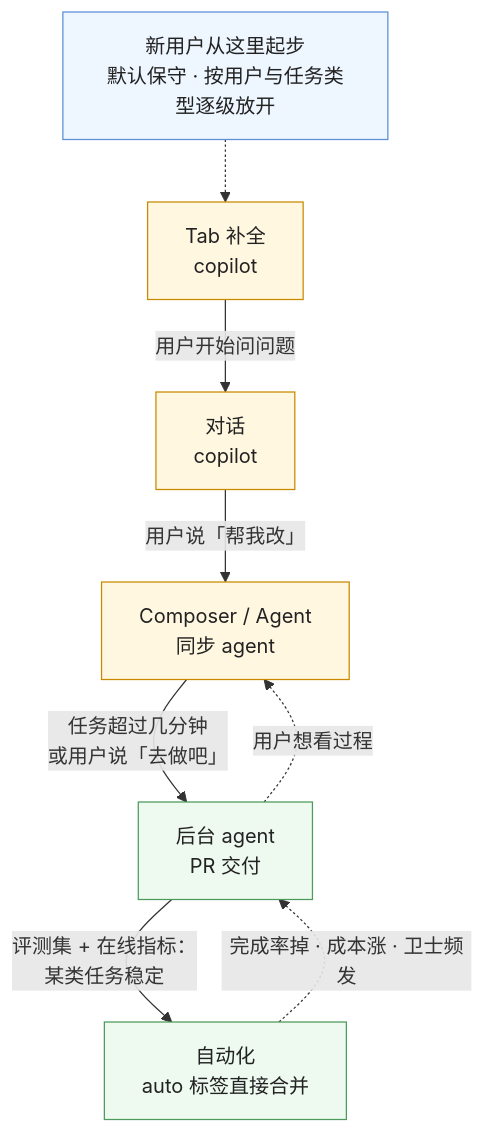
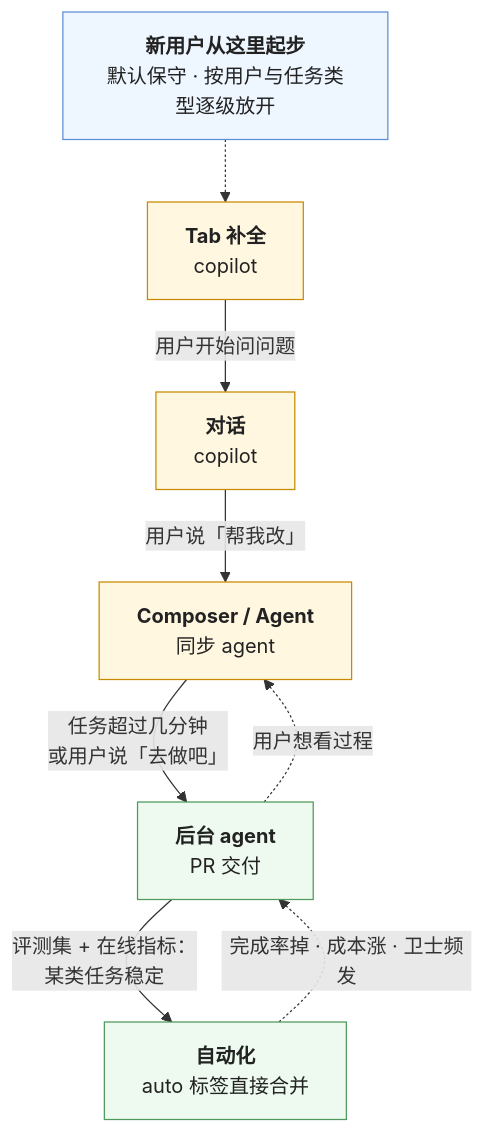
One commit to arganzheng/arganzheng.github.com changed the fifth of 5 diagrams in _posts/2026-11-17-product-forms-copilot-agent-automation-and-the-rise-of-background-agents.md. Above: the diagram before and after it, drawn with Mermaid. The commit also changed other lines of this file and 5 other files, not shown here.

First line of the commit message:
产品与体验：把不确定的能力做成可信的产品：Mermaid 多行方框的首行标为标题（6 篇）

````diff
--- a/_posts/2026-11-17-product-forms-copilot-agent-automation-and-the-rise-of-background-agents.md
+++ b/_posts/2026-11-17-product-forms-copilot-agent-automation-and-the-rise-of-background-agents.md
@@ -198,17 +198,17 @@
 ```mermaid
 %% 图：一个产品里的四种形态与切换点——Tab 补全 → 用户开始问问题 → 对话 → 用户说「帮我改」→ 同步 agent → 任务超过几分钟或用户说「去做吧」→ 后台 agent → 评测集与在线指标证明某类任务稳定 → 自动化；每次切换用户可控可见，每一级有退回的路；新用户从左边起步，建立信任后逐级放开
 flowchart TB
-    F1["Tab 补全<br/>copilot"] -->|"用户开始问问题"| F2["对话<br/>copilot"]
-    F2 -->|"用户说「帮我改」"| F3["Composer / Agent<br/>同步 agent"]
-    F3 -->|"任务超过几分钟<br/>或用户说「去做吧」"| F4["后台 agent<br/>PR 交付"]
-    F4 -->|"评测集 + 在线指标：<br/>某类任务稳定"| F5["自动化<br/>auto 标签直接合并"]
+    F1["<b>Tab 补全</b><br/>copilot"] -->|"用户开始问问题"| F2["<b>对话</b><br/>copilot"]
+    F2 -->|"用户说「帮我改」"| F3["<b>Composer / Agent</b><br/>同步 agent"]
+    F3 -->|"任务超过几分钟<br/>或用户说「去做吧」"| F4["<b>后台 agent</b><br/>PR 交付"]
+    F4 -->|"评测集 + 在线指标：<br/>某类任务稳定"| F5["<b>自动化</b><br/>auto 标签直接合并"]
     F5 -.->|"完成率掉 · 成本涨 · 卫士频发"| F4
     F4 -.->|"用户想看过程"| F3
-    N["新用户从这里起步<br/>默认保守 · 按用户与任务类型逐级放开"] -.-> F1
+    N["<b>新用户从这里起步</b><br/>默认保守 · 按用户与任务类型逐级放开"] -.-> F1
     classDef f fill:#fff7e0,stroke:#c98a00,color:#222
     classDef a fill:#eefaf0,stroke:#4d9a5c,color:#222
     classDef n fill:#eef6ff,stroke:#5b8fd6,color:#222
     class F1,F2,F3 f
     class F4,F5 a
     class N n
 ```
````
